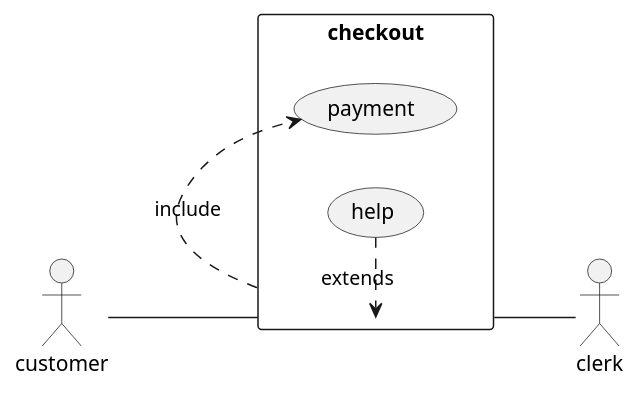
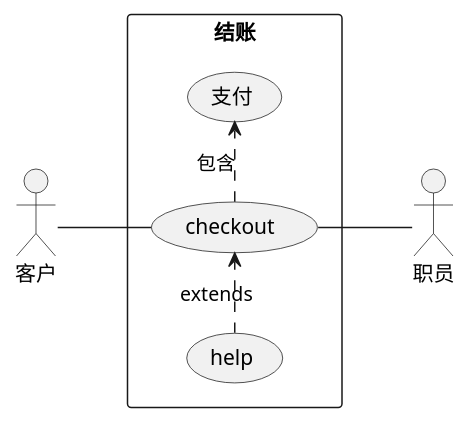
The diagram in src/main/resources/UML4种类型图/用例图/用例图.puml (HappyFreeAngel/springcloud-gateway-dynamic-route), drawn with PlantUML before and after one commit. The commit also changed 7 other files, not shown here.

Commit message:
feature: 增加了E-R图 demo

```diff
--- a/src/main/resources/UML4种类型图/用例图/用例图.puml
+++ b/src/main/resources/UML4种类型图/用例图/用例图.puml
@@ -1,12 +1,12 @@
 @startuml
 left to right direction
 skinparam packageStyle rectangle
-actor customer
-actor clerk
-rectangle checkout {
-customer -- (checkout)
-(checkout) .> (payment) : include
+actor 客户
+actor 职员
+rectangle 结账 {
+客户 -- (checkout)
+(checkout) .> (支付) : 包含
 (help) .> (checkout) : extends
-(checkout) -- clerk
+(checkout) -- 职员
 }
 @enduml
```
